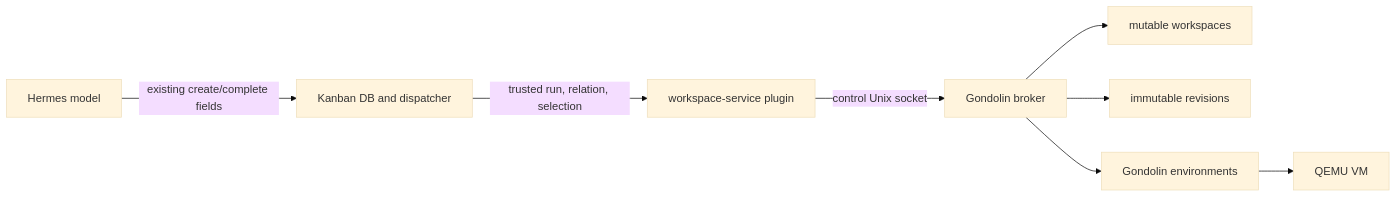
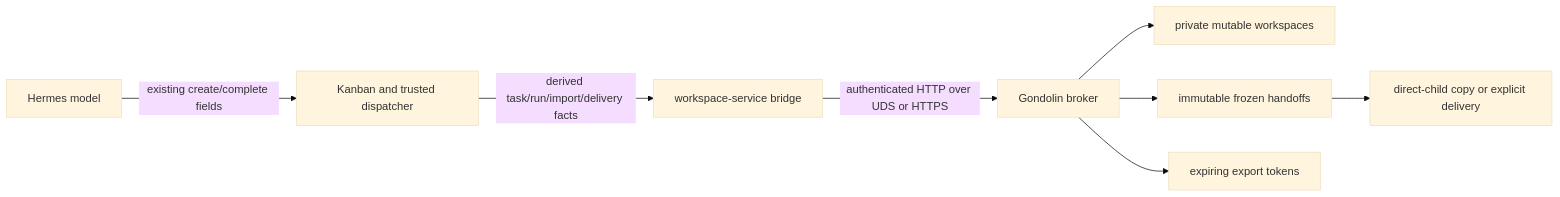
One commit to dvicory/homelab changed the diagram in openspec/changes/add-task-workspace-handoff/design.md. Above: the diagram before and after it, drawn with Mermaid (base theme). The commit also changed other lines of this file and 10 other files, not shown here.

First line of the commit message:
spec(kanban): define hashless broker output handoff

````diff
--- a/openspec/changes/add-task-workspace-handoff/design.md
+++ b/openspec/changes/add-task-workspace-handoff/design.md
@@ -26,10 +30,10 @@
 ```mermaid
 flowchart LR
-  M[Hermes model] -->|existing create/complete fields| K[Kanban DB and dispatcher]
-  K -->|trusted run, relation, selection| P[workspace-service plugin]
-  P -->|control Unix socket| B[Gondolin broker]
-  B --> W[mutable workspaces]
-  B --> R[immutable revisions]
-  B --> E[Gondolin environments]
-  E --> V[QEMU VM]
+  M[Hermes model] -->|existing create/complete fields| K[Kanban and trusted dispatcher]
+  K -->|derived task/run/import/delivery facts| P[workspace-service bridge]
+  P -->|authenticated HTTP over UDS or HTTPS| B[Gondolin broker]
+  B --> W[private mutable workspaces]
+  B --> H[immutable frozen handoffs]
+  B --> X[expiring export tokens]
+  H --> C[direct-child copy or explicit delivery]
 ```
````
